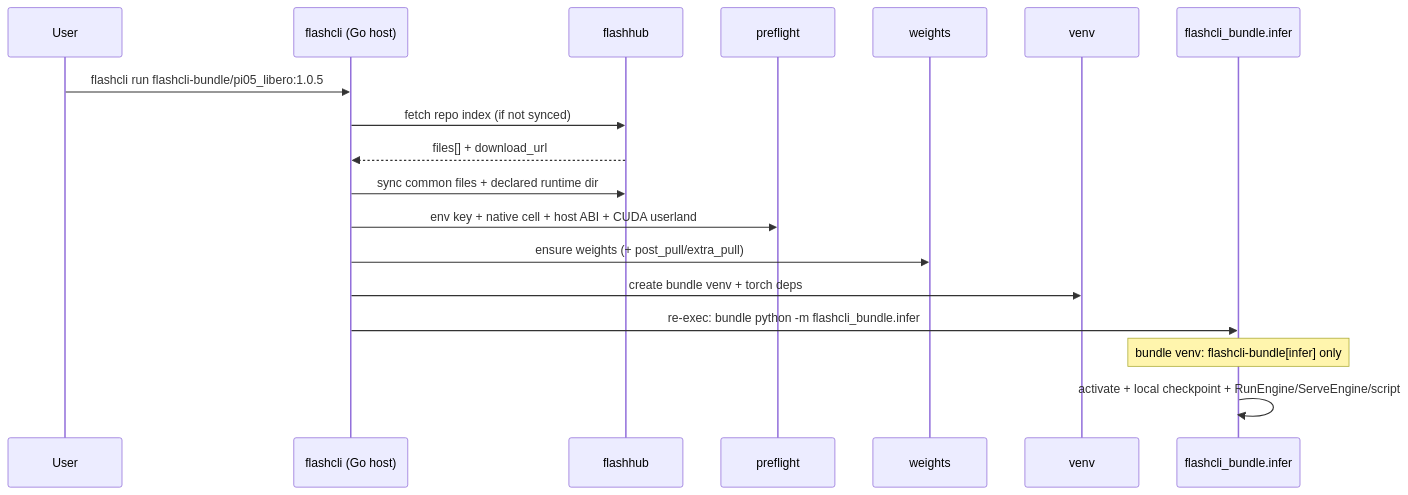
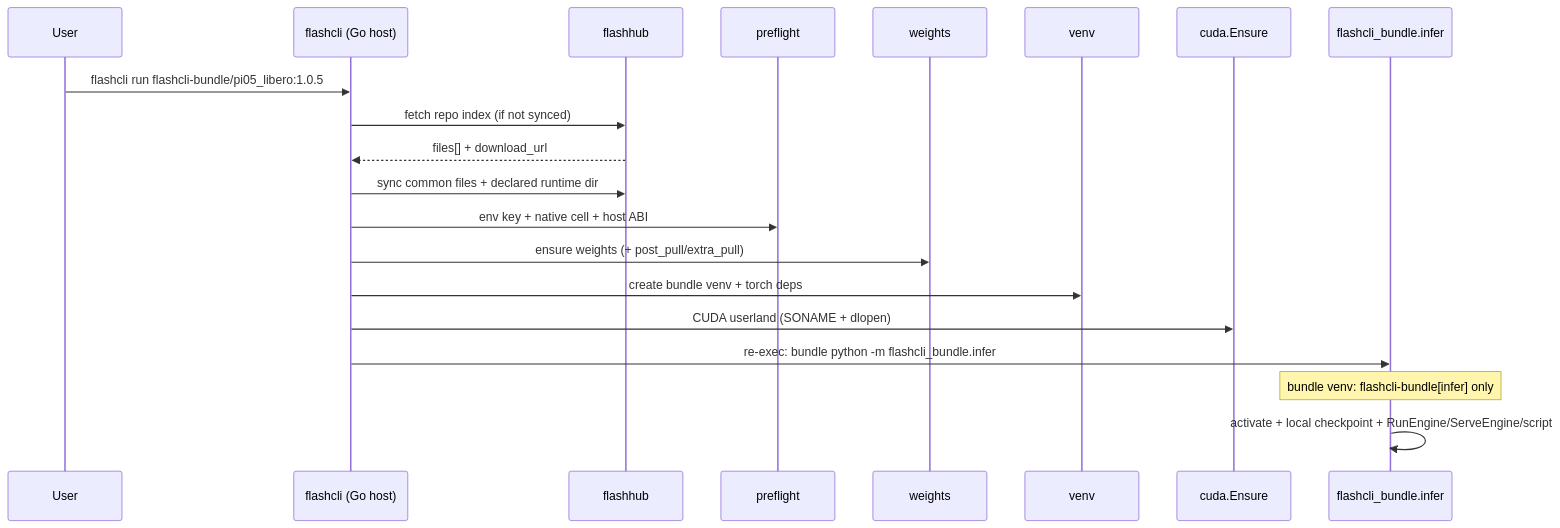
One commit to aodianyun/flashcli changed the third of 3 diagrams in docs/architecture.md. Above: the diagram before and after it, drawn with Mermaid. The commit also changed other lines of this file and 54 other files, not shown here.

First line of the commit message:
docs(architecture): redraw detail flows from the code paths

````diff
--- a/docs/architecture.md
+++ b/docs/architecture.md
@@ -195,21 +196,23 @@
 ```mermaid
 sequenceDiagram
   participant U as User
   participant CLI as flashcli (Go host)
   participant FH as flashhub
   participant Pre as preflight
   participant W as weights
   participant Venv as venv
+  participant CUDA as cuda.Ensure
   participant Infer as flashcli_bundle.infer
 
   U->>CLI: flashcli run flashcli-bundle/pi05_libero:1.0.5
   CLI->>FH: fetch repo index (if not synced)
   FH-->>CLI: files[] + download_url
   CLI->>FH: sync common files + declared runtime dir
-  CLI->>Pre: env key + native cell + host ABI + CUDA userland
+  CLI->>Pre: env key + native cell + host ABI
   CLI->>W: ensure weights (+ post_pull/extra_pull)
   CLI->>Venv: create bundle venv + torch deps
+  CLI->>CUDA: CUDA userland (SONAME + dlopen)
   CLI->>Infer: re-exec: bundle python -m flashcli_bundle.infer
   Note over Infer: bundle venv: flashcli-bundle[infer] only
   Infer->>Infer: activate + local checkpoint + RunEngine/ServeEngine/script
 ```
````
